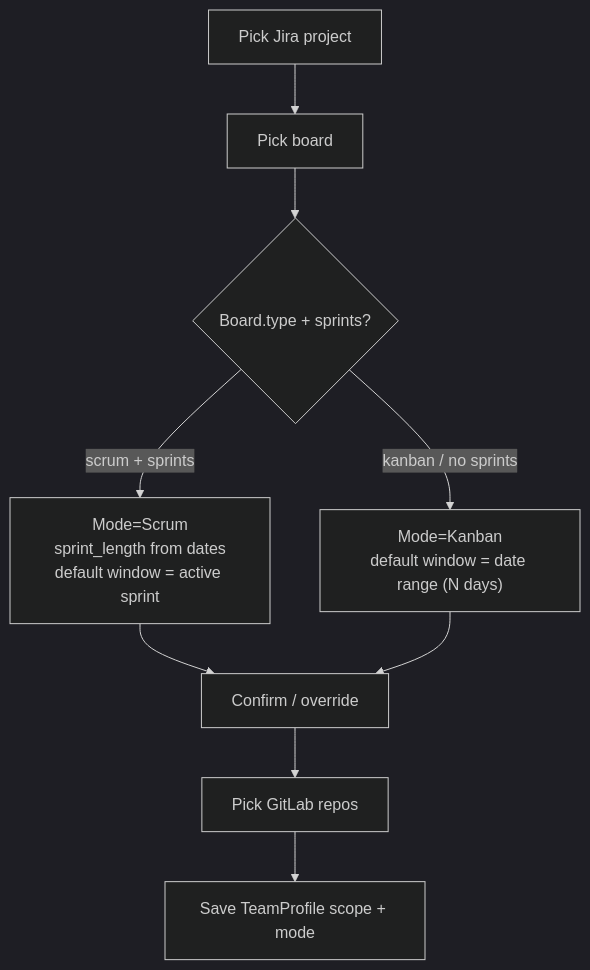
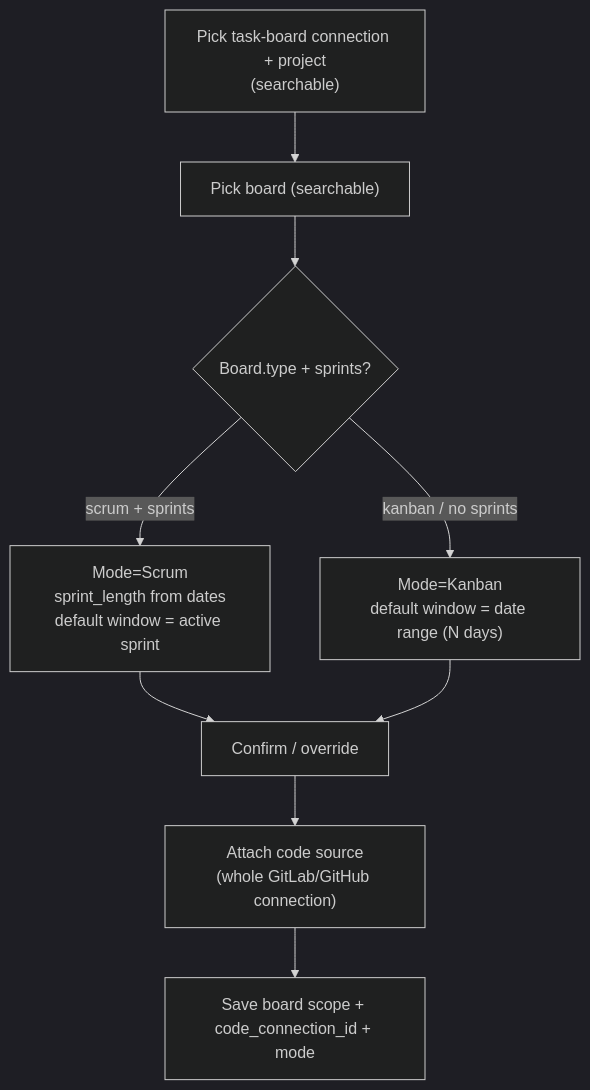
Before and after one commit to serdartas/em-radar: the third of 4 diagrams in docs/09-functional-flows.md, drawn with Mermaid (dark theme). The commit also changed other lines of this file and 143 other files, not shown here.

First line of the commit message:
M3.4 - Connection & Team Source Model (#164)

````diff
--- a/docs/09-functional-flows.md
+++ b/docs/09-functional-flows.md
@@ -195,11 +215,11 @@
 ```mermaid
 flowchart TD
-    A["Pick Jira project"] --> B["Pick board"]
+    A["Pick task-board connection + project<br/>(searchable)"] --> B["Pick board (searchable)"]
     B --> C{"Board.type + sprints?"}
     C -->|scrum + sprints| D["Mode=Scrum<br/>sprint_length from dates<br/>default window = active sprint"]
     C -->|kanban / no sprints| E["Mode=Kanban<br/>default window = date range (N days)"]
     D --> F["Confirm / override"]
     E --> F
-    F --> G["Pick GitLab repos"]
-    G --> H["Save TeamProfile scope + mode"]
+    F --> G["Attach code source<br/>(whole GitLab/GitHub connection)"]
+    G --> H["Save board scope + code_connection_id + mode"]
 ```
````
